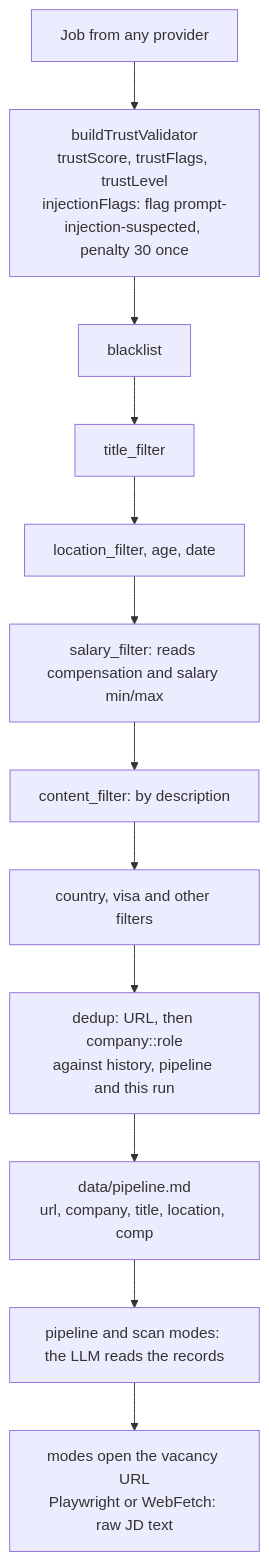
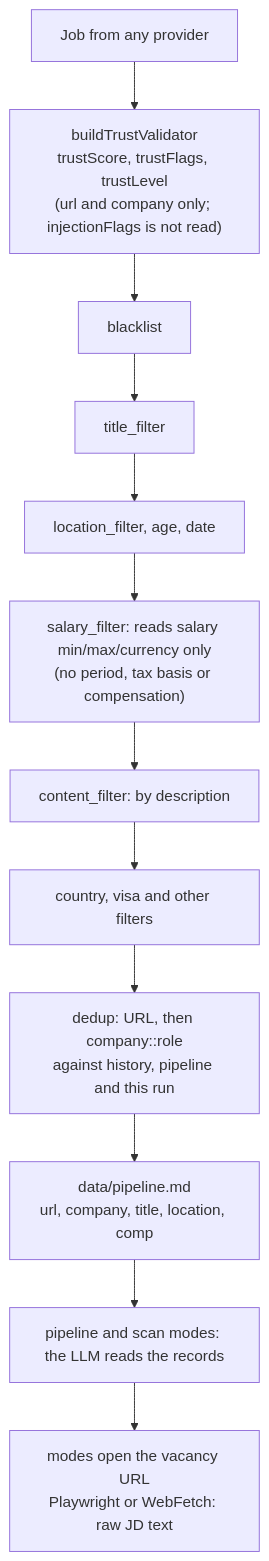
Before and after one commit to WindowGenerator/career-ops-plugin-ru-market: the third of 3 diagrams in docs/architecture/data-flow.md, drawn with Mermaid. The commit also changed other lines of this file and 18 other files, not shown here.

````diff
--- a/docs/architecture/data-flow.md
+++ b/docs/architecture/data-flow.md
@@ -60,14 +58,14 @@
 ```mermaid
 flowchart TD
-  IN["Job from any provider"] --> T["buildTrustValidator<br/>trustScore, trustFlags, trustLevel<br/>injectionFlags: flag prompt-injection-suspected, penalty 30 once"]
+  IN["Job from any provider"] --> T["buildTrustValidator<br/>trustScore, trustFlags, trustLevel<br/>(url and company only; injectionFlags is not read)"]
   T --> F1["blacklist"]
   F1 --> F2["title_filter"]
   F2 --> F3["location_filter, age, date"]
-  F3 --> F4["salary_filter: reads compensation and salary min/max"]
+  F3 --> F4["salary_filter: reads salary min/max/currency only<br/>(no period, tax basis or compensation)"]
   F4 --> F5["content_filter: by description"]
   F5 --> F6["country, visa and other filters"]
   F6 --> D1["dedup: URL, then company::role<br/>against history, pipeline and this run"]
   D1 --> OUT["data/pipeline.md<br/>url, company, title, location, comp"]
   OUT --> LLM["pipeline and scan modes: the LLM reads the records"]
   LLM --> RAW["modes open the vacancy URL<br/>Playwright or WebFetch: raw JD text"]
 ```
````
